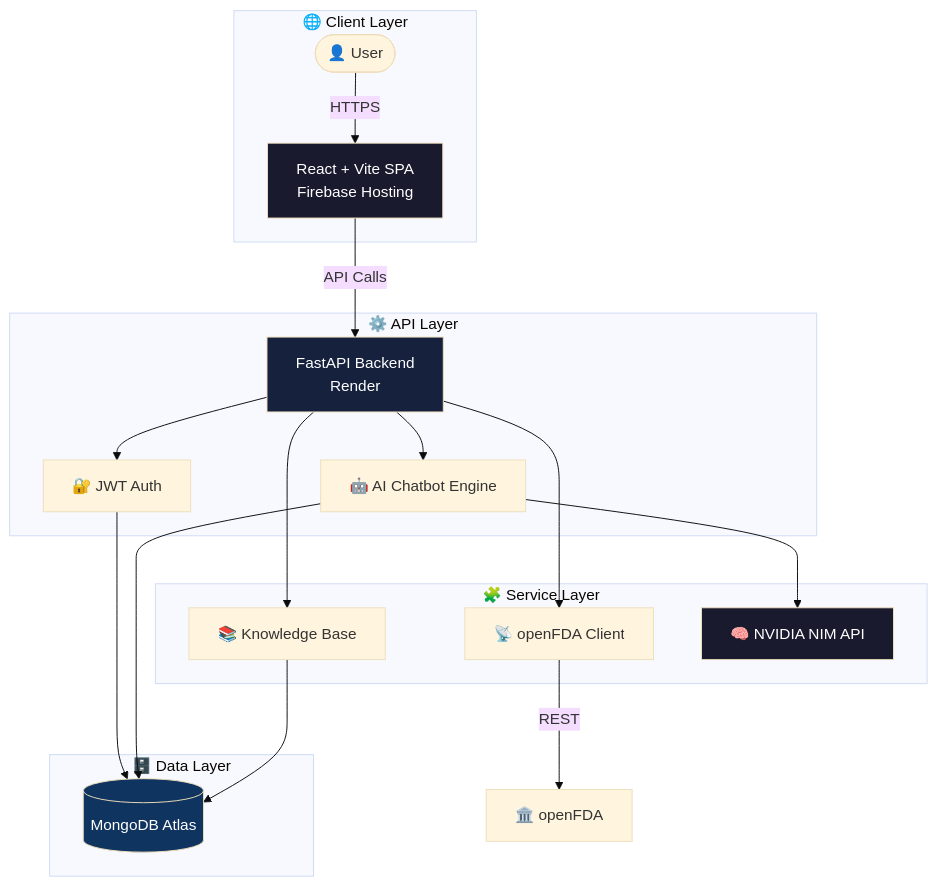
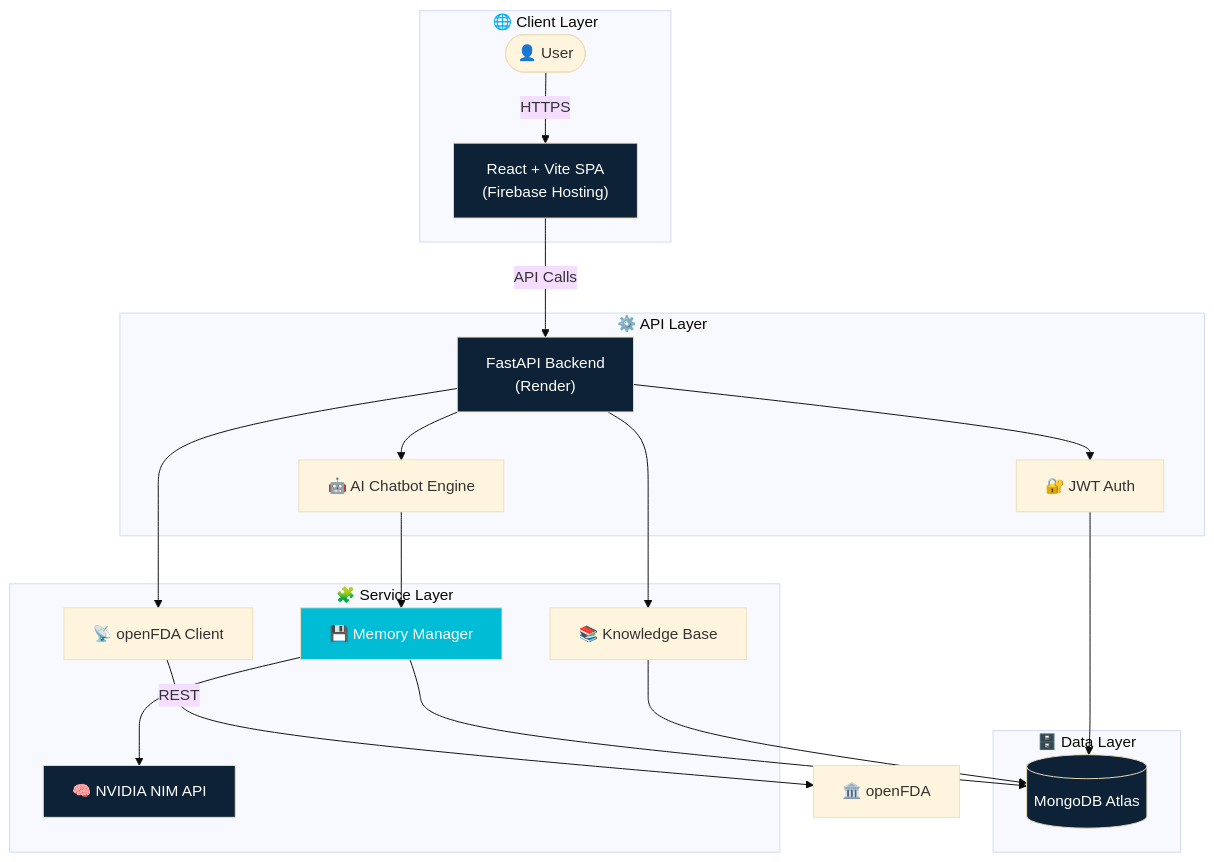
The first of 6 diagrams in README.md (Satendra90390/Mendly), drawn with Mermaid (base theme) before and after one commit. The commit also changed other lines of this file and 1 other file, not shown here.

Commit message:
add animated SVG banner, memory architecture, FAQ, repo activity badges; create memory.py

````diff
--- a/README.md
+++ b/README.md
@@ -90,40 +228,43 @@
 ```mermaid
 graph TB
     subgraph Client["🌐 Client Layer"]
         User([👤 User])
-        FE[React + Vite SPA<br/>Firebase Hosting]
+        FE["React + Vite SPA<br/>(Firebase Hosting)"]
     end
 
     subgraph API["⚙️ API Layer"]
-        BE[FastAPI Backend<br/>Render]
+        BE["FastAPI Backend<br/>(Render)"]
         Auth[🔐 JWT Auth]
         Chat[🤖 AI Chatbot Engine]
     end
 
     subgraph Services["🧩 Service Layer"]
         FDA[📡 openFDA Client]
         KB[📚 Knowledge Base]
         NIM[🧠 NVIDIA NIM API]
+        Mem[💾 Memory Manager]
     end
 
     subgraph Data["🗄️ Data Layer"]
         DB[(MongoDB Atlas)]
     end
 
     User -->|HTTPS| FE
     FE -->|API Calls| BE
     BE --> Auth
     BE --> Chat
     BE --> FDA
     BE --> KB
     Auth --> DB
-    Chat --> NIM
-    Chat --> DB
+    Chat --> Mem
+    Mem --> NIM
+    Mem --> DB
     KB --> DB
     FDA -->|REST| OpenFDA[🏛️ openFDA]
 
-    style FE fill:#1a1a2e,color:#fff
-    style BE fill:#16213e,color:#fff
-    style DB fill:#0f3460,color:#fff
-    style NIM fill:#1a1a2e,color:#fff
+    style FE fill:#0d2137,color:#fff
+    style BE fill:#0d2137,color:#fff
+    style Mem fill:#00bcd4,color:#fff
+    style DB fill:#0d2137,color:#fff
+    style NIM fill:#0d2137,color:#fff
 ```
````
